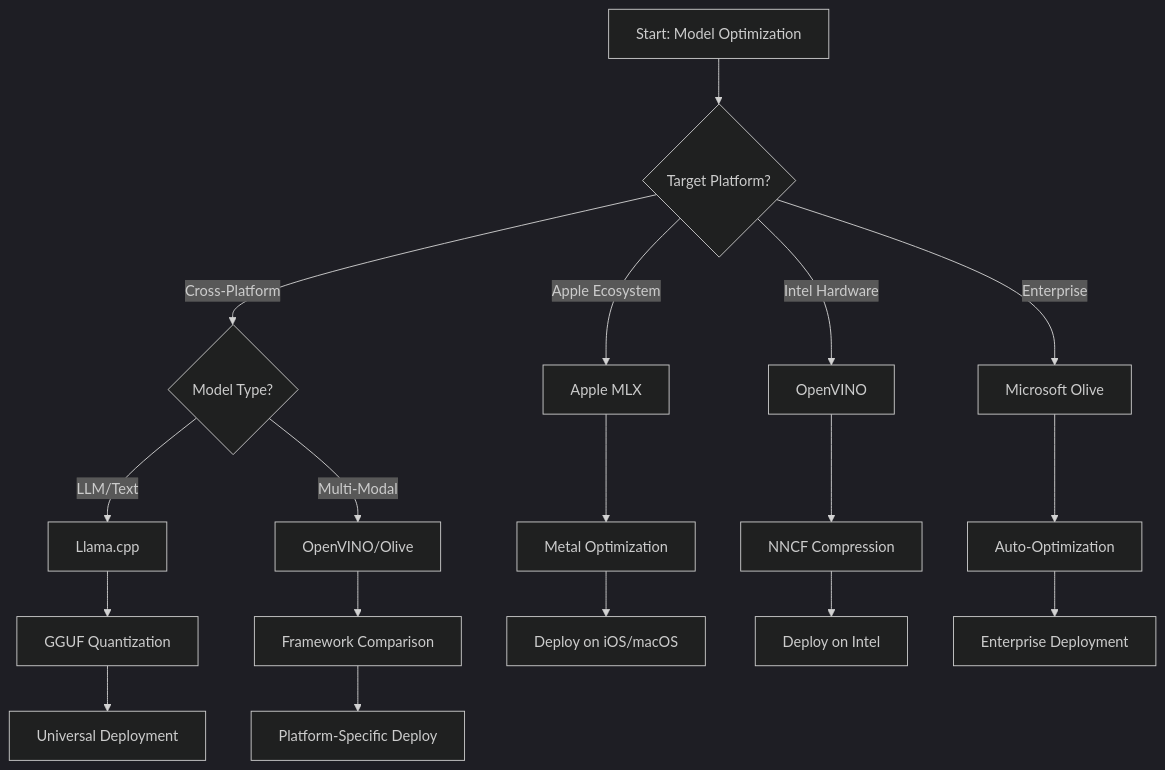
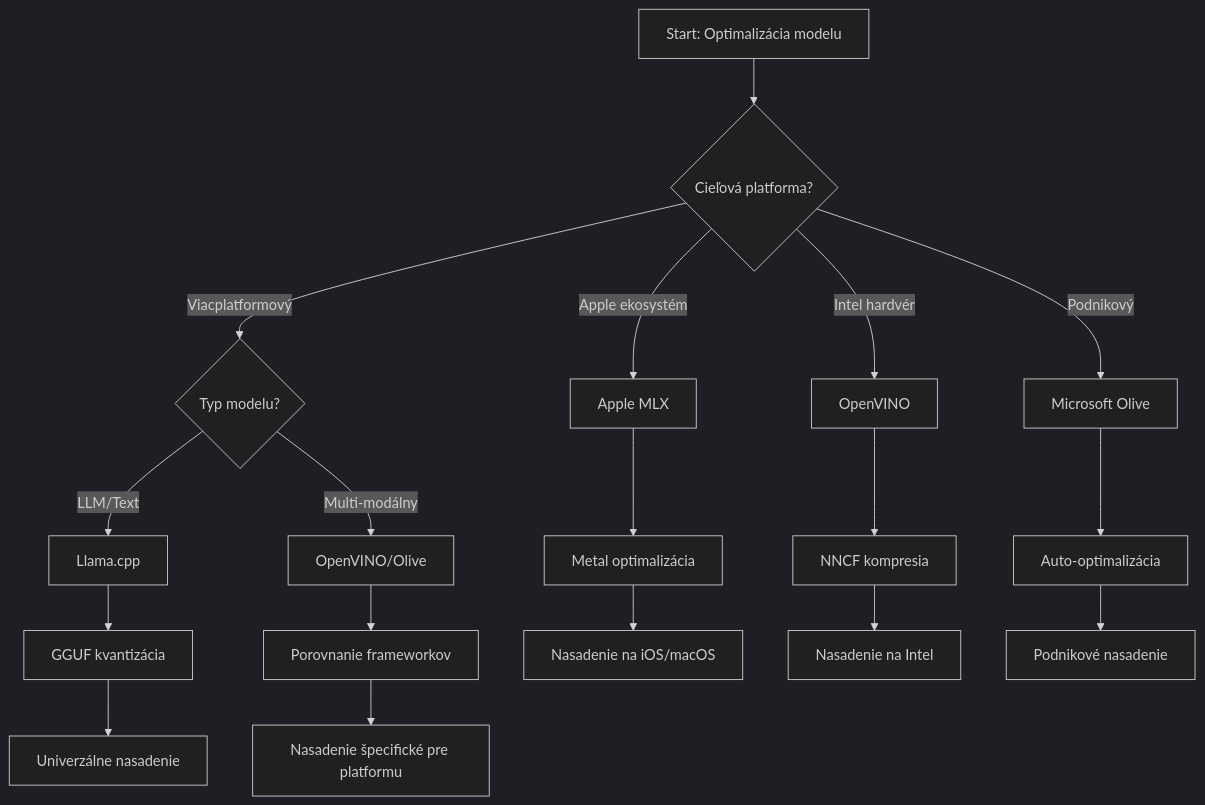
One commit to microsoft/edgeai-for-beginners changed the second of 3 diagrams in translations/sk/Module04/06.workflow-synthesis.md. Above: the diagram before and after it, drawn with Mermaid (dark theme). The commit also changed other lines of this file and 45 other files, not shown here.

````diff
--- a/translations/sk/Module04/06.workflow-synthesis.md
+++ b/translations/sk/Module04/06.workflow-synthesis.md
@@ -211,24 +211,24 @@
 ```mermaid
 graph TD
-    A[Start: Model Optimization] --> B{Target Platform?}
+    A[Start: Optimalizácia modelu] --> B{Cieľová platforma?}
     
-    B -->|Apple Ecosystem| C[Apple MLX]
-    B -->|Intel Hardware| D[OpenVINO]
-    B -->|Cross-Platform| E{Model Type?}
-    B -->|Enterprise| F[Microsoft Olive]
+    B -->|Apple ekosystém| C[Apple MLX]
+    B -->|Intel hardvér| D[OpenVINO]
+    B -->|Viacplatformový| E{Typ modelu?}
+    B -->|Podnikový| F[Microsoft Olive]
     
     E -->|LLM/Text| G[Llama.cpp]
-    E -->|Multi-Modal| H[OpenVINO/Olive]
+    E -->|Multi-modálny| H[OpenVINO/Olive]
     
-    C --> I[Metal Optimization]
-    D --> J[NNCF Compression]
-    F --> K[Auto-Optimization]
-    G --> L[GGUF Quantization]
-    H --> M[Framework Comparison]
+    C --> I[Metal optimalizácia]
+    D --> J[NNCF kompresia]
+    F --> K[Auto-optimalizácia]
+    G --> L[GGUF kvantizácia]
+    H --> M[Porovnanie frameworkov]
     
-    I --> N[Deploy on iOS/macOS]
-    J --> O[Deploy on Intel]
-    K --> P[Enterprise Deployment]
-    L --> Q[Universal Deployment]
-    M --> R[Platform-Specific Deploy]
+    I --> N[Nasadenie na iOS/macOS]
+    J --> O[Nasadenie na Intel]
+    K --> P[Podnikové nasadenie]
+    L --> Q[Univerzálne nasadenie]
+    M --> R[Nasadenie špecifické pre platformu]
 ```
````
